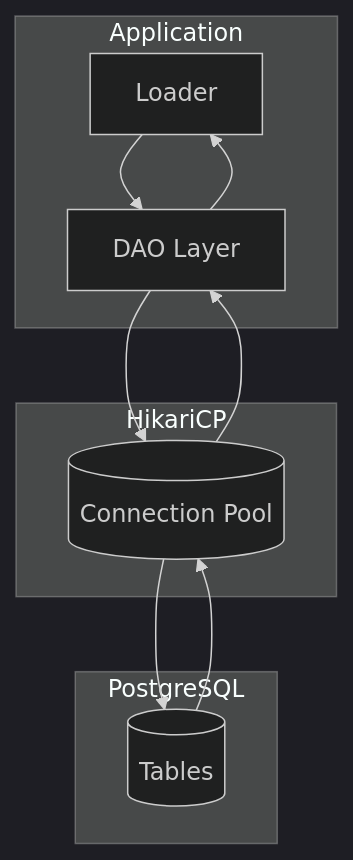
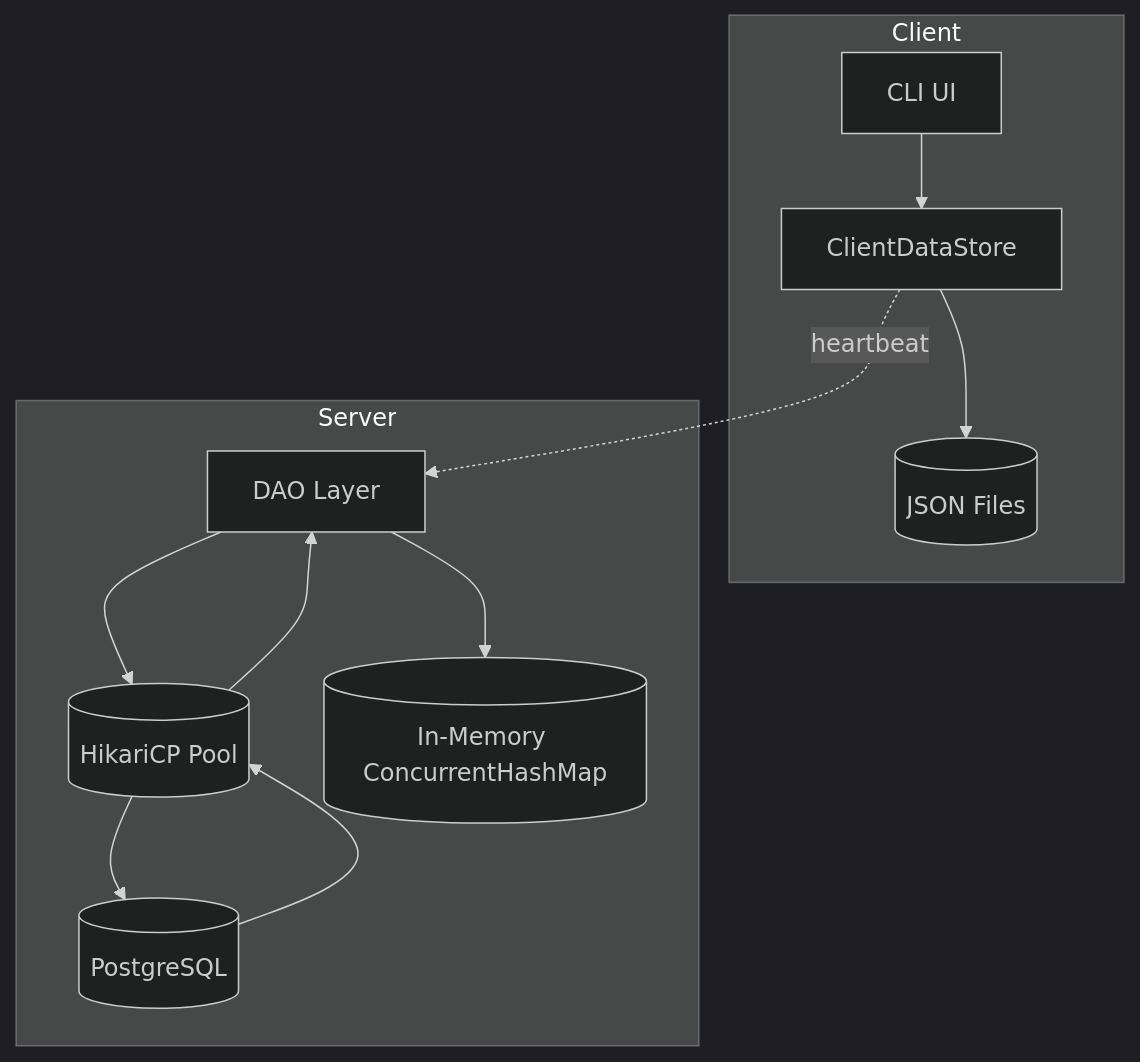
The second of 11 diagrams in docs/TECHNICAL_DOCUMENTATION.md (lcavagnari/TheKnifeProject_B), drawn with Mermaid (dark theme) before and after one commit. The commit also changed other lines of this file and 1 other file, not shown here.

````diff
--- a/docs/TECHNICAL_DOCUMENTATION.md
+++ b/docs/TECHNICAL_DOCUMENTATION.md
@@ -89,22 +122,24 @@
 ```mermaid
 flowchart TB
-    subgraph Application
-        Loader[Loader]
-        DAOs[DAO Layer]
+    subgraph Client
+        CUI[CLI UI]
+        CDS[ClientDataStore]
+        JSON[(JSON Files)]
     end
 
-    subgraph ConnectionPool[HikariCP]
-        Pool[(Connection Pool)]
+    subgraph Server
+        SDAOs[DAO Layer]
+        Pool[(HikariCP Pool)]
+        DB[(PostgreSQL)]
+        Cache[(In-Memory ConcurrentHashMap)]
     end
 
-    subgraph Database[PostgreSQL]
-        Tables[(Tables)]
-    end
-
-    Loader --> DAOs
-    DAOs --> Pool
-    Pool --> Tables
-    Tables --> Pool
-    Pool --> DAOs
-    DAOs --> Loader
+    CUI --> CDS
+    CDS --> JSON
+    CDS -.->|heartbeat| SDAOs
+    SDAOs --> Pool
+    Pool --> DB
+    DB --> Pool
+    Pool --> SDAOs
+    SDAOs --> Cache
 ```
````
